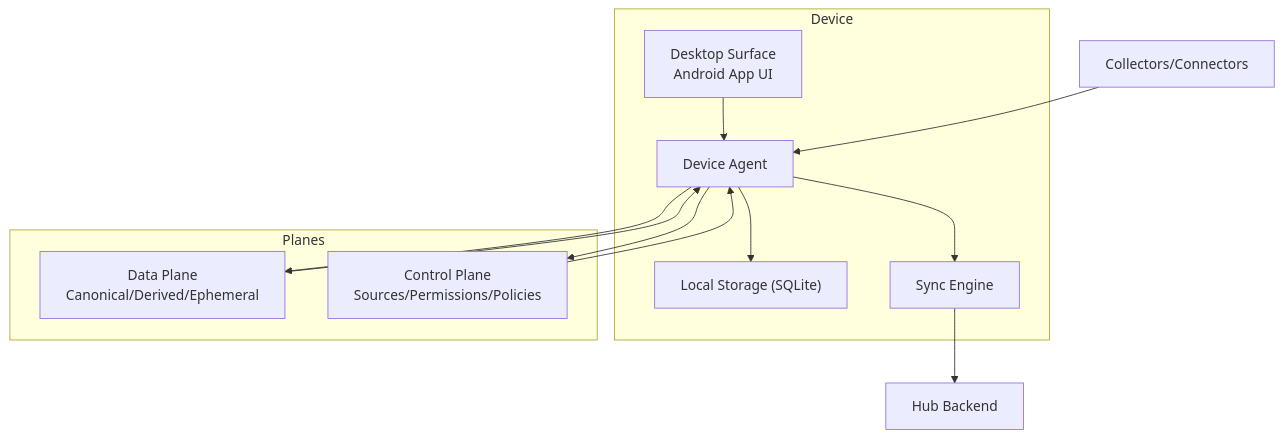
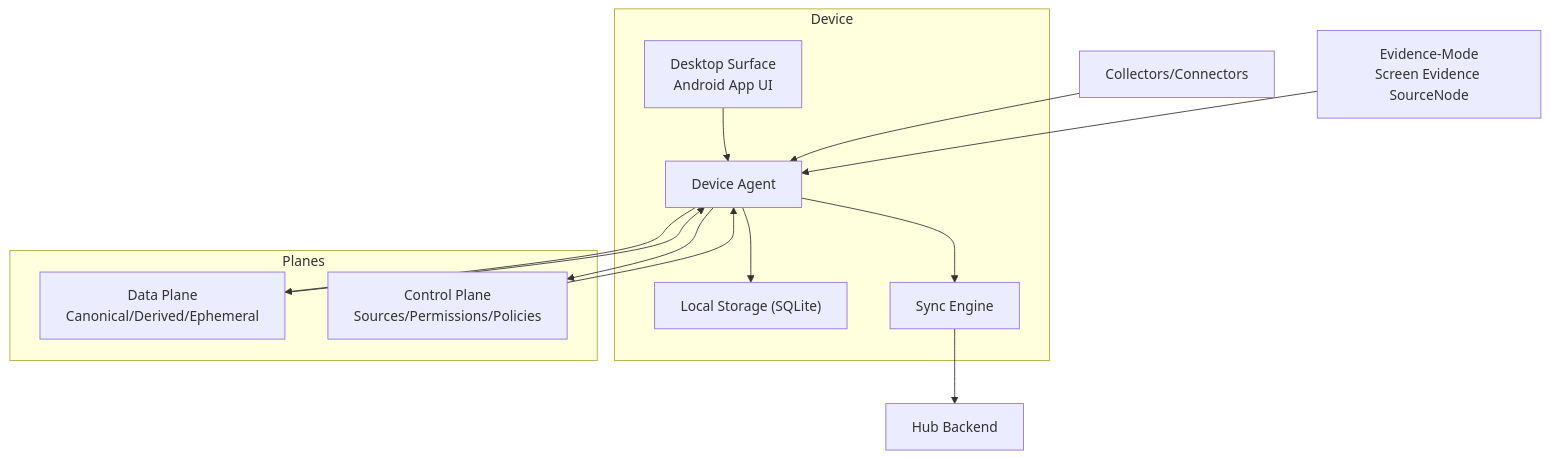
The second of 5 diagrams in .qoder/repowiki/en/content/Project Overview/Project Overview.md (asukhodko/timeskein), drawn with Mermaid before and after one commit. The commit also changed other lines of this file and 6 other files, not shown here.

First line of the commit message:
docs(adr): add ADR-0003 Evidence-Mode Opt-in architecture decision

````diff
--- a/.qoder/repowiki/en/content/Project Overview/Project Overview.md
+++ b/.qoder/repowiki/en/content/Project Overview/Project Overview.md
@@ -130,16 +158,17 @@
 ```mermaid
 graph TB
 subgraph "Device"
 UI["Desktop Surface<br/>Android App UI"] --> Agent["Device Agent"]
 Agent --> Store["Local Storage (SQLite)"]
 Agent --> Sync["Sync Engine"]
 end
 Sync --> Hub["Hub Backend"]
 Collectors["Collectors/Connectors"] --> Agent
+Evidence["Evidence-Mode<br/>Screen Evidence SourceNode"] --> Agent
 subgraph "Planes"
 DataPlane["Data Plane<br/>Canonical/Derived/Ephemeral"] --> Agent
 ControlPlane["Control Plane<br/>Sources/Permissions/Policies"] --> Agent
 end
 Agent --> DataPlane
 Agent --> ControlPlane
 ```
````
